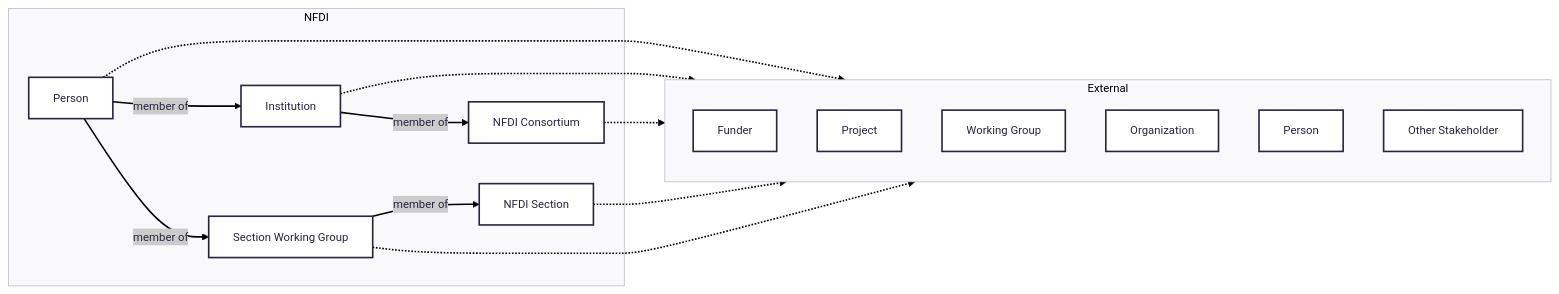
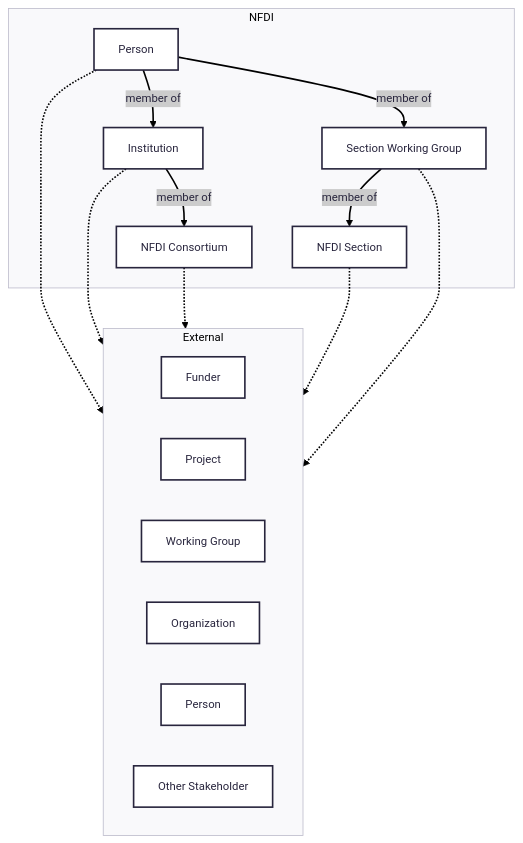
Before and after one commit to nfdi-de/section-int-wg-landscape: the diagram in README.md, drawn with Mermaid.

````diff
--- a/README.md
+++ b/README.md
@@ -11,27 +11,27 @@
 ```mermaid
 ---
 config:
       theme: redux
 ---
-graph LR
+graph TD
     
     internalPerson[Person] -.-> external
     internalInstitution[Institution] -.->  external
     internalConsortium[NFDI Consortium] -.-> external
     internalSection[NFDI Section] -.-> external
     internalWG[Section Working Group] -.-> external
 
     subgraph external [External]
         funder[Funder]
         project[Project]
         workingGroup[Working Group]
         organization[Organization]
         externalPerson[Person]
         externalOther[Other Stakeholder]
     end
 
     subgraph internal [NFDI]
         internalPerson -- member of --> internalInstitution -- member of --> internalConsortium
         internalPerson -- member of --> internalWG -- member of --> internalSection
     end
 ```
````
